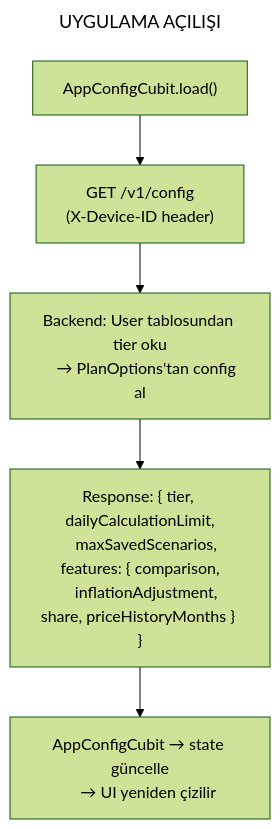
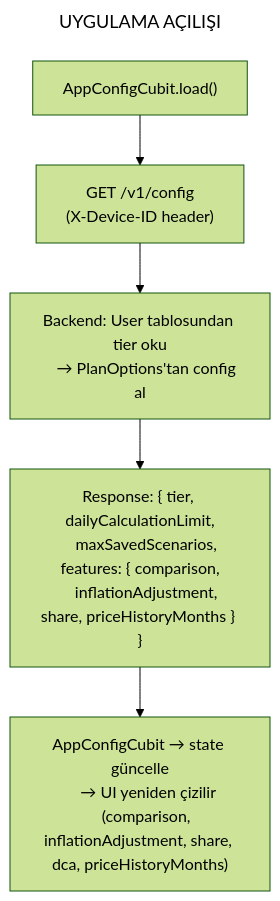
The second of 4 diagrams in docs/architecture/tier-system.md (cemililik/Saydin), drawn with Mermaid (forest theme) before and after one commit. The commit also changed other lines of this file and 4 other files, not shown here.

````diff
--- a/docs/architecture/tier-system.md
+++ b/docs/architecture/tier-system.md
@@ -498,15 +508,16 @@
 ```mermaid
 ---
 title: UYGULAMA AÇILIŞI
 ---
 flowchart TD
     A["AppConfigCubit.load()"] --> B["GET /v1/config
     (X-Device-ID header)"]
     B --> C["Backend: User tablosundan tier oku
     → PlanOptions'tan config al"]
     C --> D["Response: { tier, dailyCalculationLimit,
     maxSavedScenarios, features: { comparison,
     inflationAdjustment, share, priceHistoryMonths } }"]
     D --> E["AppConfigCubit → state güncelle
-    → UI yeniden çizilir"]
+    → UI yeniden çizilir
+    (comparison, inflationAdjustment, share, dca, priceHistoryMonths)"]
 ```
````
